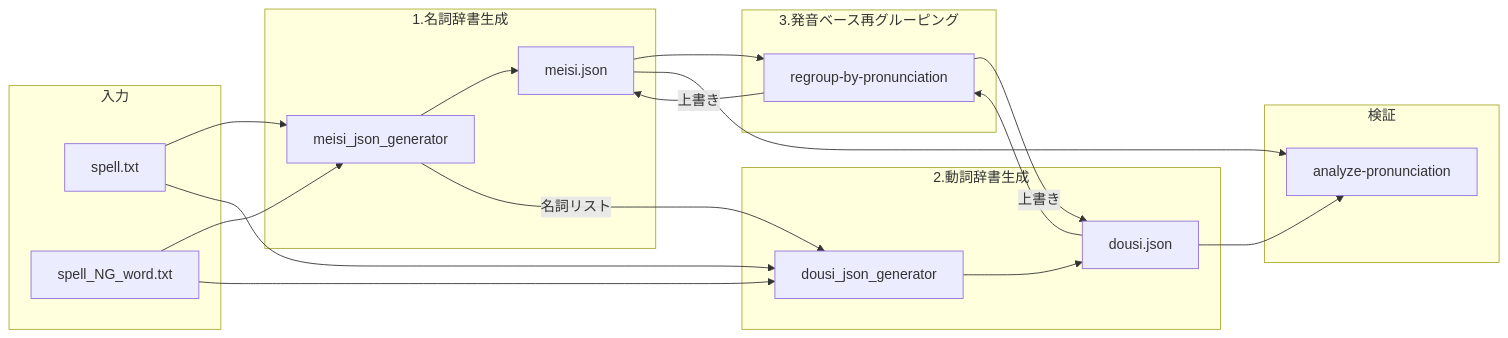
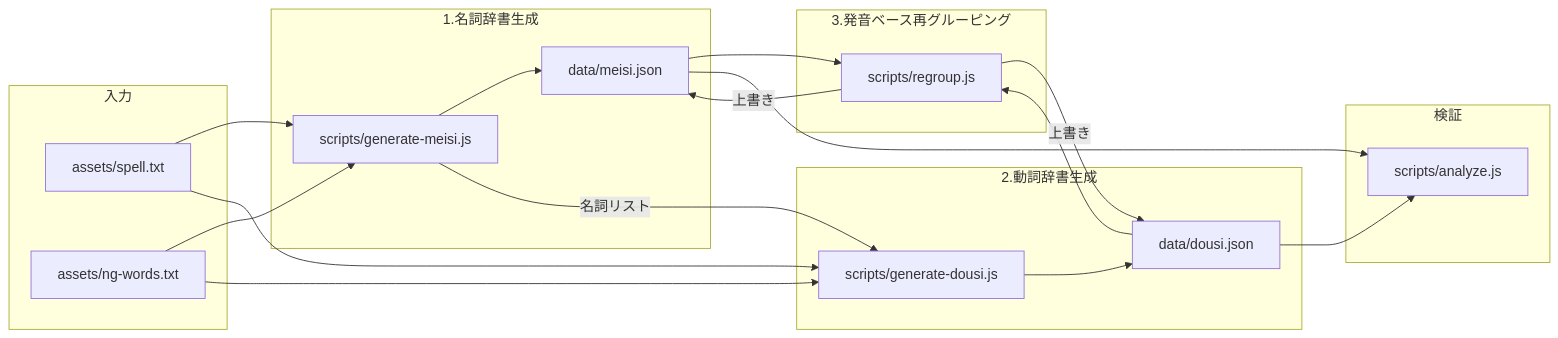
The first of 11 diagrams in docs/dictionary-generation.md (amanoese/yukichant), drawn with Mermaid before and after one commit. The commit also changed other lines of this file and 9 other files, not shown here.

````diff
--- a/docs/dictionary-generation.md
+++ b/docs/dictionary-generation.md
@@ -15,39 +15,39 @@
 ```mermaid
 flowchart LR
     subgraph 入力
-        A[spell.txt]
-        B[spell_NG_word.txt]
+        A[assets/spell.txt]
+        B[assets/ng-words.txt]
     end
 
     subgraph 1.名詞辞書生成
-        C[meisi_json_generator]
-        D[meisi.json]
+        C[scripts/generate-meisi.js]
+        D[data/meisi.json]
     end
 
     subgraph 2.動詞辞書生成
-        E[dousi_json_generator]
-        F[dousi.json]
+        E[scripts/generate-dousi.js]
+        F[data/dousi.json]
     end
 
     subgraph 3.発音ベース再グルーピング
-        G[regroup-by-pronunciation]
+        G[scripts/regroup.js]
     end
 
     subgraph 検証
-        H[analyze-pronunciation]
+        H[scripts/analyze.js]
     end
 
     A --> C
     B --> C
     C --> D
     C -->|名詞リスト| E
     A --> E
     B --> E
     E --> F
     D --> G
     F --> G
     G -->|上書き| D
     G -->|上書き| F
     D --> H
     F --> H
 ```
````
